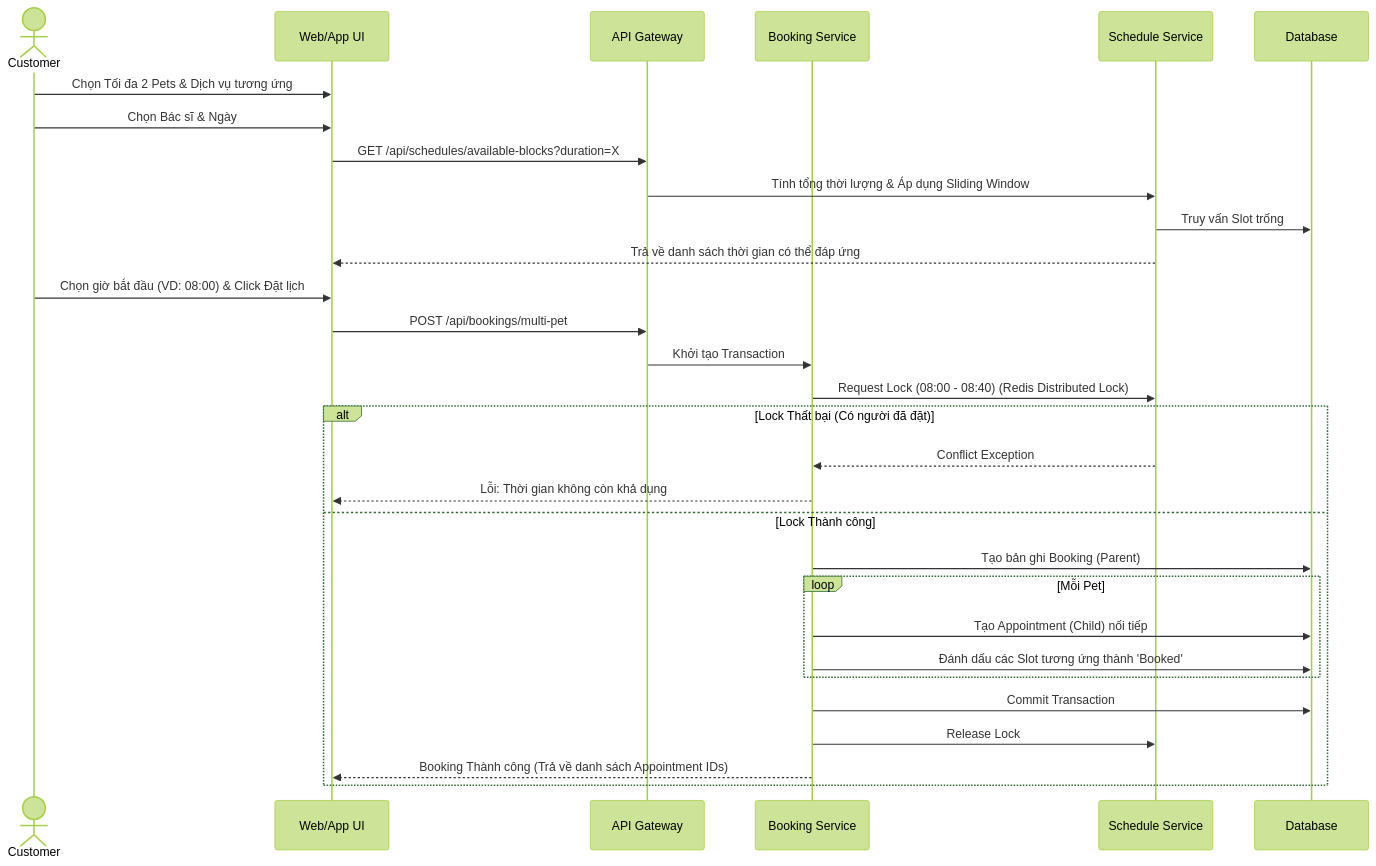
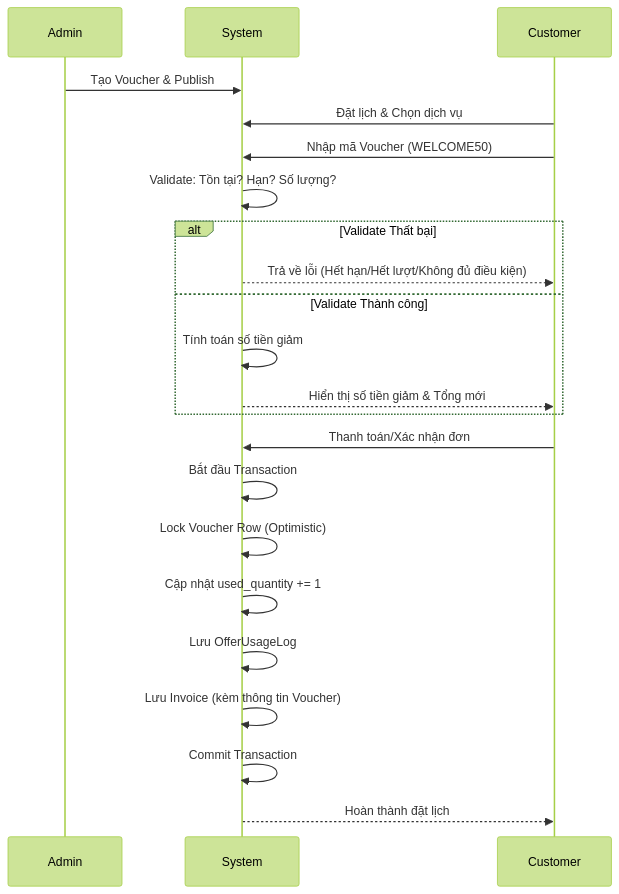
The diagram in implementation_plan.md (NamSD1901/DATN-Final), drawn with Mermaid (forest theme) before and after one commit. The commit also changed other lines of this file and 47 other files, not shown here.

````diff
--- a/implementation_plan.md
+++ b/implementation_plan.md
@@ -114,34 +128,27 @@
 ```mermaid
 sequenceDiagram
-    actor C as Customer
-    participant UI as Web/App UI
-    participant API as API Gateway
-    participant Bck as Booking Service
-    participant Sch as Schedule Service
-    participant DB as Database
+    participant Admin
+    participant System
+    participant Customer
     
-    C->>UI: Chọn Tối đa 2 Pets & Dịch vụ tương ứng
-    C->>UI: Chọn Bác sĩ & Ngày
-    UI->>API: GET /api/schedules/available-blocks?duration=X
-    API->>Sch: Tính tổng thời lượng & Áp dụng Sliding Window
-    Sch->>DB: Truy vấn Slot trống
-    Sch-->>UI: Trả về danh sách thời gian có thể đáp ứng
-    C->>UI: Chọn giờ bắt đầu (VD: 08:00) & Click Đặt lịch
-    UI->>API: POST /api/bookings/multi-pet
+    Admin->>System: Tạo Voucher & Publish
+    Customer->>System: Đặt lịch & Chọn dịch vụ
+    Customer->>System: Nhập mã Voucher (WELCOME50)
     
-    API->>Bck: Khởi tạo Transaction
-    Bck->>Sch: Request Lock (08:00 - 08:40) (Redis Distributed Lock)
-    alt Lock Thất bại (Có người đã đặt)
-        Sch-->>Bck: Conflict Exception
-        Bck-->>UI: Lỗi: Thời gian không còn khả dụng
-    else Lock Thành công
-        Bck->>DB: Tạo bản ghi Booking (Parent)
-        loop Mỗi Pet
-            Bck->>DB: Tạo Appointment (Child) nối tiếp
-            Bck->>DB: Đánh dấu các Slot tương ứng thành 'Booked'
-        end
-        Bck->>DB: Commit Transaction
-        Bck->>Sch: Release Lock
-        Bck-->>UI: Booking Thành công (Trả về danh sách Appointment IDs)
+    System->>System: Validate: Tồn tại? Hạn? Số lượng?
+    alt Validate Thất bại
+        System-->>Customer: Trả về lỗi (Hết hạn/Hết lượt/Không đủ điều kiện)
+    else Validate Thành công
+        System->>System: Tính toán số tiền giảm
+        System-->>Customer: Hiển thị số tiền giảm & Tổng mới
     end
+    
+    Customer->>System: Thanh toán/Xác nhận đơn
+    System->>System: Bắt đầu Transaction
+    System->>System: Lock Voucher Row (Optimistic)
+    System->>System: Cập nhật used_quantity += 1
+    System->>System: Lưu OfferUsageLog
+    System->>System: Lưu Invoice (kèm thông tin Voucher)
+    System->>System: Commit Transaction
+    System-->>Customer: Hoàn thành đặt lịch
 ```
````
